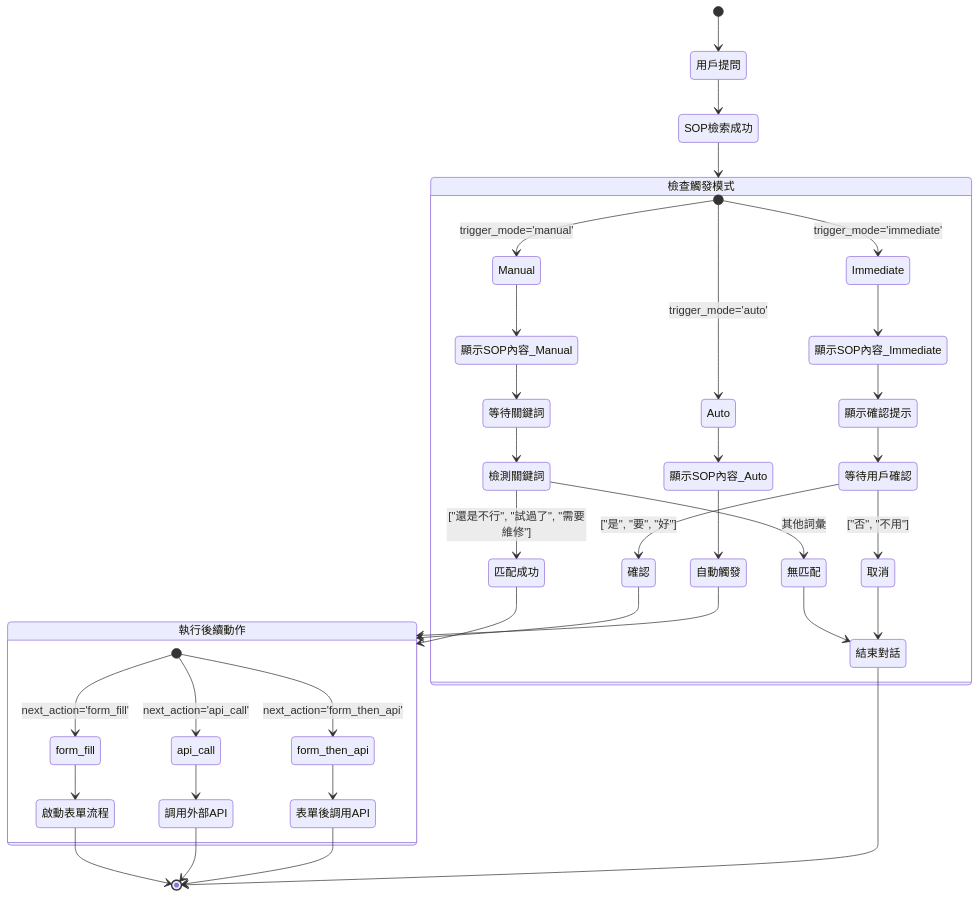
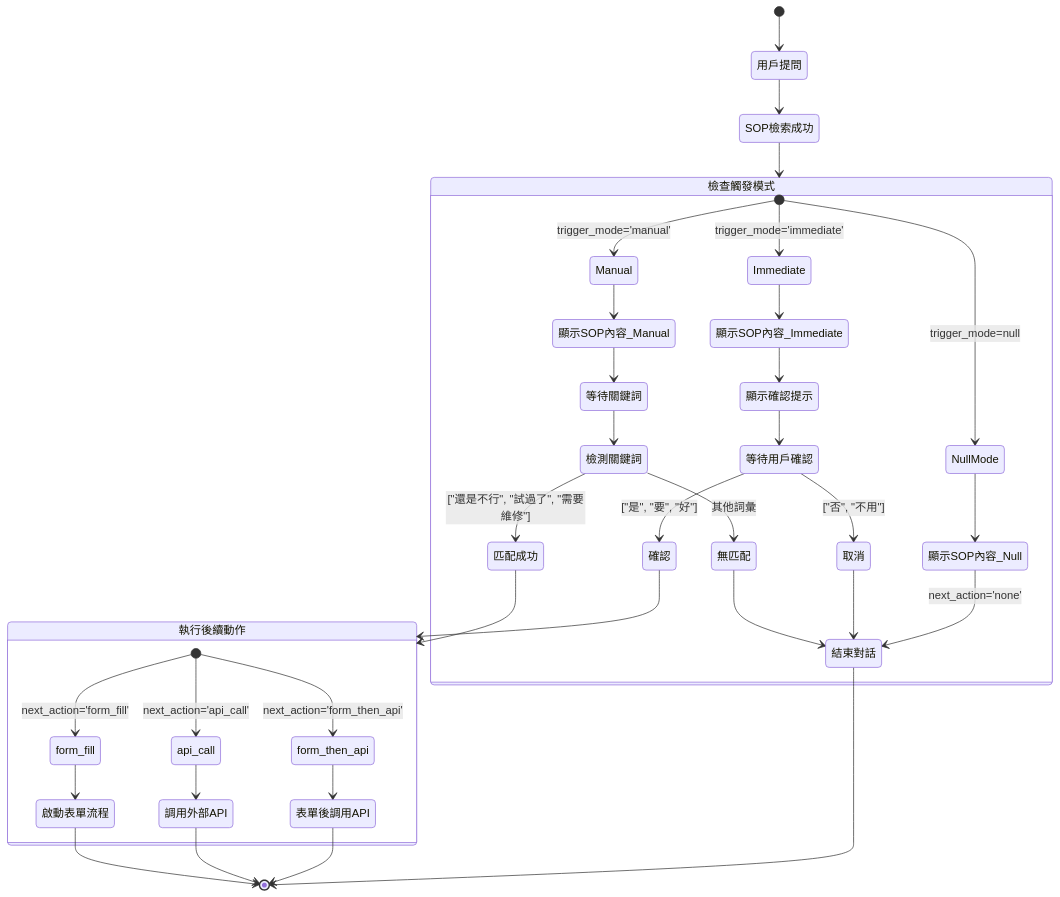
One commit to JGBlenny/AIChatbot changed the third of 9 diagrams in docs/architecture/COMPLETE_CONVERSATION_ARCHITECTURE.md. Above: the diagram before and after it, drawn with Mermaid. The commit also changed 15 other files, not shown here.

First line of the commit message:
refactor: 移除 none 和 auto 觸發模式，簡化 SOP 系統邏輯

````diff
--- a/docs/architecture/COMPLETE_CONVERSATION_ARCHITECTURE.md
+++ b/docs/architecture/COMPLETE_CONVERSATION_ARCHITECTURE.md
@@ -158,50 +158,49 @@
 ```mermaid
 stateDiagram-v2
     [*] --> 用戶提問
 
     用戶提問 --> SOP檢索成功
 
     SOP檢索成功 --> 檢查觸發模式
 
     state 檢查觸發模式 {
         [*] --> Manual: trigger_mode='manual'
         [*] --> Immediate: trigger_mode='immediate'
-        [*] --> Auto: trigger_mode='auto'
+        [*] --> NullMode: trigger_mode=null
 
         Manual --> 顯示SOP內容_Manual
         顯示SOP內容_Manual --> 等待關鍵詞
         等待關鍵詞 --> 檢測關鍵詞
         檢測關鍵詞 --> 匹配成功: ["還是不行", "試過了", "需要維修"]
         檢測關鍵詞 --> 無匹配: 其他詞彙
         無匹配 --> 結束對話
 
         Immediate --> 顯示SOP內容_Immediate
         顯示SOP內容_Immediate --> 顯示確認提示
         顯示確認提示 --> 等待用戶確認
         等待用戶確認 --> 確認: ["是", "要", "好"]
         等待用戶確認 --> 取消: ["否", "不用"]
         取消 --> 結束對話
 
-        Auto --> 顯示SOP內容_Auto
-        顯示SOP內容_Auto --> 自動觸發
+        NullMode --> 顯示SOP內容_Null
+        顯示SOP內容_Null --> 結束對話: next_action='none'
     }
 
     匹配成功 --> 執行後續動作
     確認 --> 執行後續動作
-    自動觸發 --> 執行後續動作
 
     state 執行後續動作 {
         [*] --> form_fill: next_action='form_fill'
         [*] --> api_call: next_action='api_call'
         [*] --> form_then_api: next_action='form_then_api'
 
         form_fill --> 啟動表單流程
         api_call --> 調用外部API
         form_then_api --> 表單後調用API
     }
 
     啟動表單流程 --> [*]
     調用外部API --> [*]
     表單後調用API --> [*]
     結束對話 --> [*]
 ```
````
